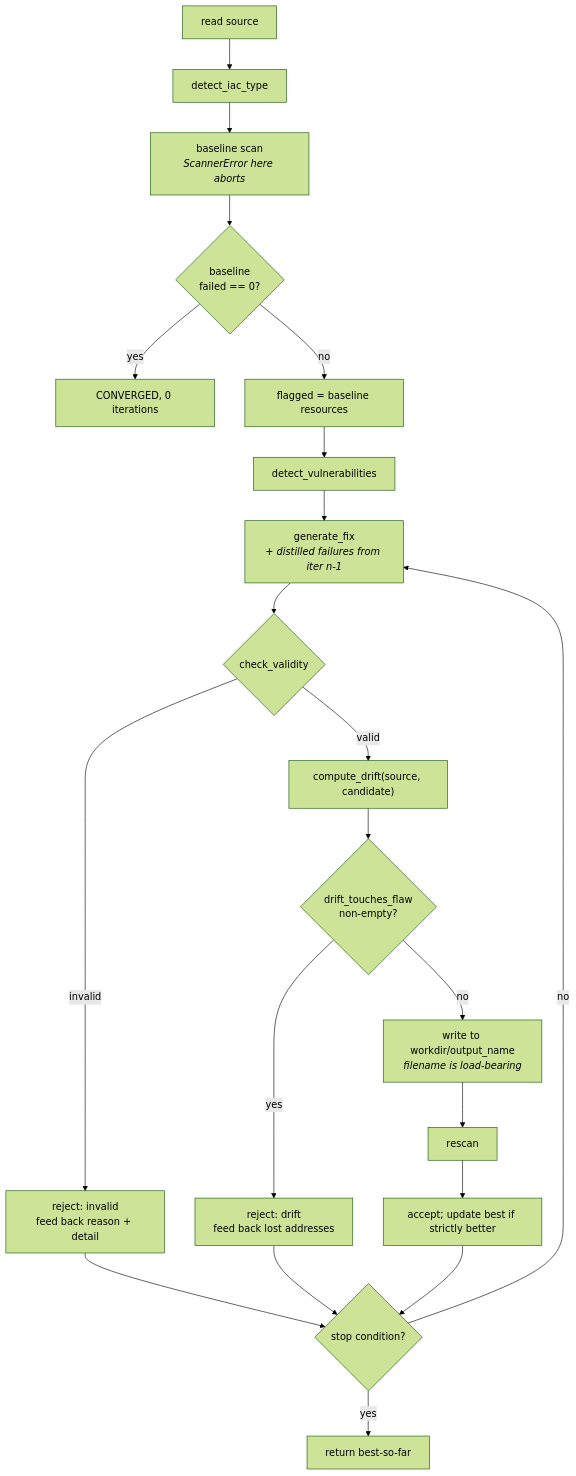
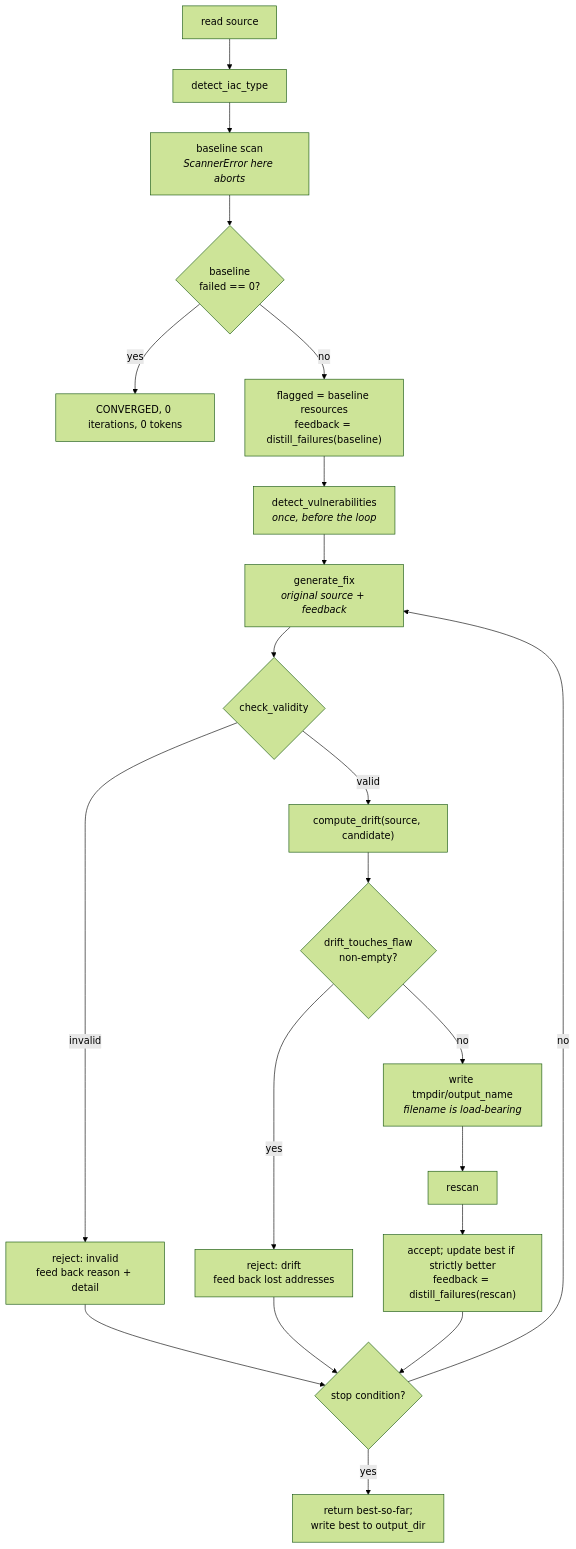
Before and after one commit to Shlok014/llm-iac-security: the third of 3 diagrams in docs/LLD.md, drawn with Mermaid (forest theme). The commit also changed other lines of this file and 36 other files, not shown here.

````diff
--- a/docs/LLD.md
+++ b/docs/LLD.md
@@ -1167,23 +774,23 @@
 ```mermaid
 flowchart TD
     A["read source"] --> B["detect_iac_type"]
     B --> C["baseline scan<br/><i>ScannerError here aborts</i>"]
     C --> D{"baseline<br/>failed == 0?"}
-    D -->|yes| Z1["CONVERGED, 0 iterations"]
-    D -->|no| E["flagged = baseline resources"]
-    E --> F["detect_vulnerabilities"]
-    F --> G["generate_fix<br/><i>+ distilled failures from iter n-1</i>"]
+    D -->|yes| Z1["CONVERGED, 0 iterations, 0 tokens"]
+    D -->|no| E["flagged = baseline resources<br/>feedback = distill_failures(baseline)"]
+    E --> F["detect_vulnerabilities<br/><i>once, before the loop</i>"]
+    F --> G["generate_fix<br/><i>original source + feedback</i>"]
     G --> H{"check_validity"}
     H -->|invalid| R1["reject: invalid<br/>feed back reason + detail"]
     H -->|valid| I["compute_drift(source, candidate)"]
     I --> J{"drift_touches_flaw<br/>non-empty?"}
     J -->|yes| R2["reject: drift<br/>feed back lost addresses"]
-    J -->|no| K["write to workdir/output_name<br/><i>filename is load-bearing</i>"]
+    J -->|no| K["write tmpdir/output_name<br/><i>filename is load-bearing</i>"]
     K --> L["rescan"]
-    L --> M["accept; update best if strictly better"]
+    L --> M["accept; update best if strictly better<br/>feedback = distill_failures(rescan)"]
     M --> N{"stop condition?"}
     R1 --> N
     R2 --> N
     N -->|no| G
-    N -->|yes| Z2["return best-so-far"]
+    N -->|yes| Z2["return best-so-far;<br/>write best to output_dir"]
 ```
````
